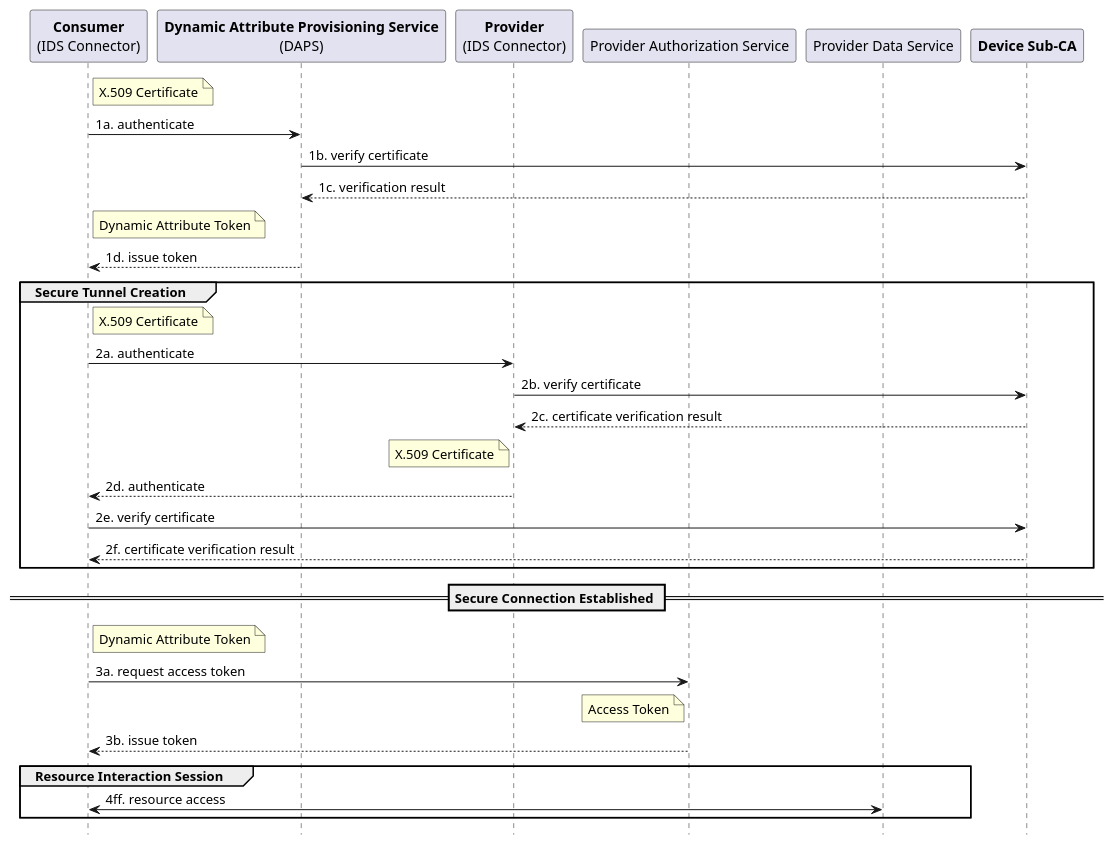
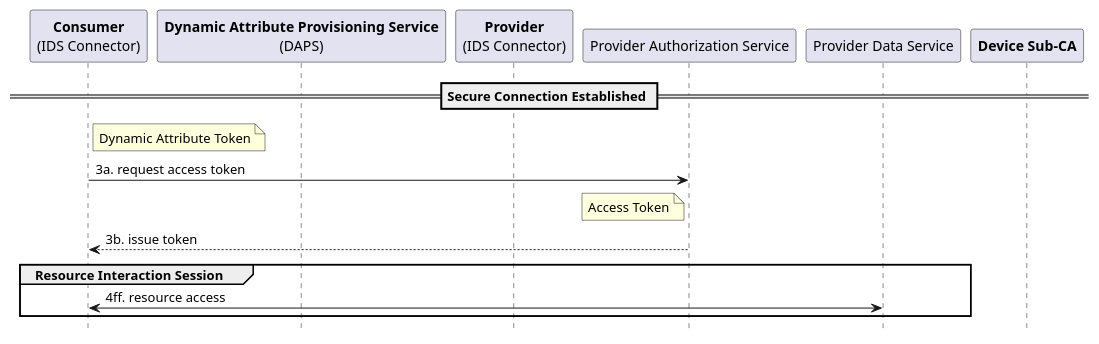
Before and after one commit to IndustrialDataSpace/Documentation: the diagram in secure_resource_access.plantuml, drawn with PlantUML. The commit also changed 3 other files, not shown here.

Commit message:
divide idscp protocol sequence diagram into two parts, add activiy diagram for stage 3

```diff
--- a/secure_resource_access.plantuml
+++ b/secure_resource_access.plantuml
@@ -1,51 +1,26 @@
 @startuml
 
 hide footbox
 
 participant "**Consumer**\n(IDS Connector)" as C
 participant "**Dynamic Attribute Provisioning Service**\n(DAPS)" as DAPS
 participant "**Provider**\n(IDS Connector)" as P
 participant "Provider Authorization Service" as PAS
 participant "Provider Data Service" as PDS
 participant "**Device Sub-CA**" as DSC
-
-note right of C: X.509 Certificate 
-C -> DAPS: 1a. authenticate
-
-DAPS -> DSC: 1b. verify certificate
-DSC --> DAPS: 1c. verification result
-
-note right of C: Dynamic Attribute Token 
-DAPS --> C: 1d. issue token
-
-group Secure Tunnel Creation   
-
-note right of C: X.509 Certificate 
-C -> P: 2a. authenticate
-
-P -> DSC: 2b. verify certificate
-DSC --> P: 2c. certificate verification result
-
-note left of P: X.509 Certificate 
-P --> C: 2d. authenticate
-
-C -> DSC: 2e. verify certificate
-DSC --> C: 2f. certificate verification result
-
-end
 
 == Secure Connection Established ==
 
 note right of C: Dynamic Attribute Token
 C -> PAS: 3a. request access token
 
 note left of PAS: Access Token
 PAS --> C: 3b. issue token
 
 group Resource Interaction Session
 
 C <-> PDS: 4ff. resource access
 
 end
 
 @enduml
```
